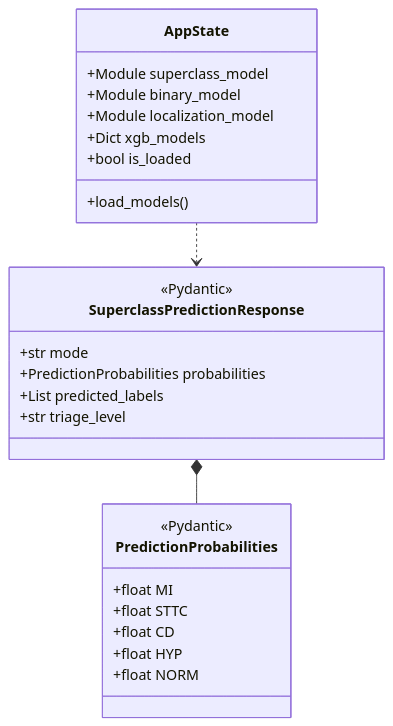
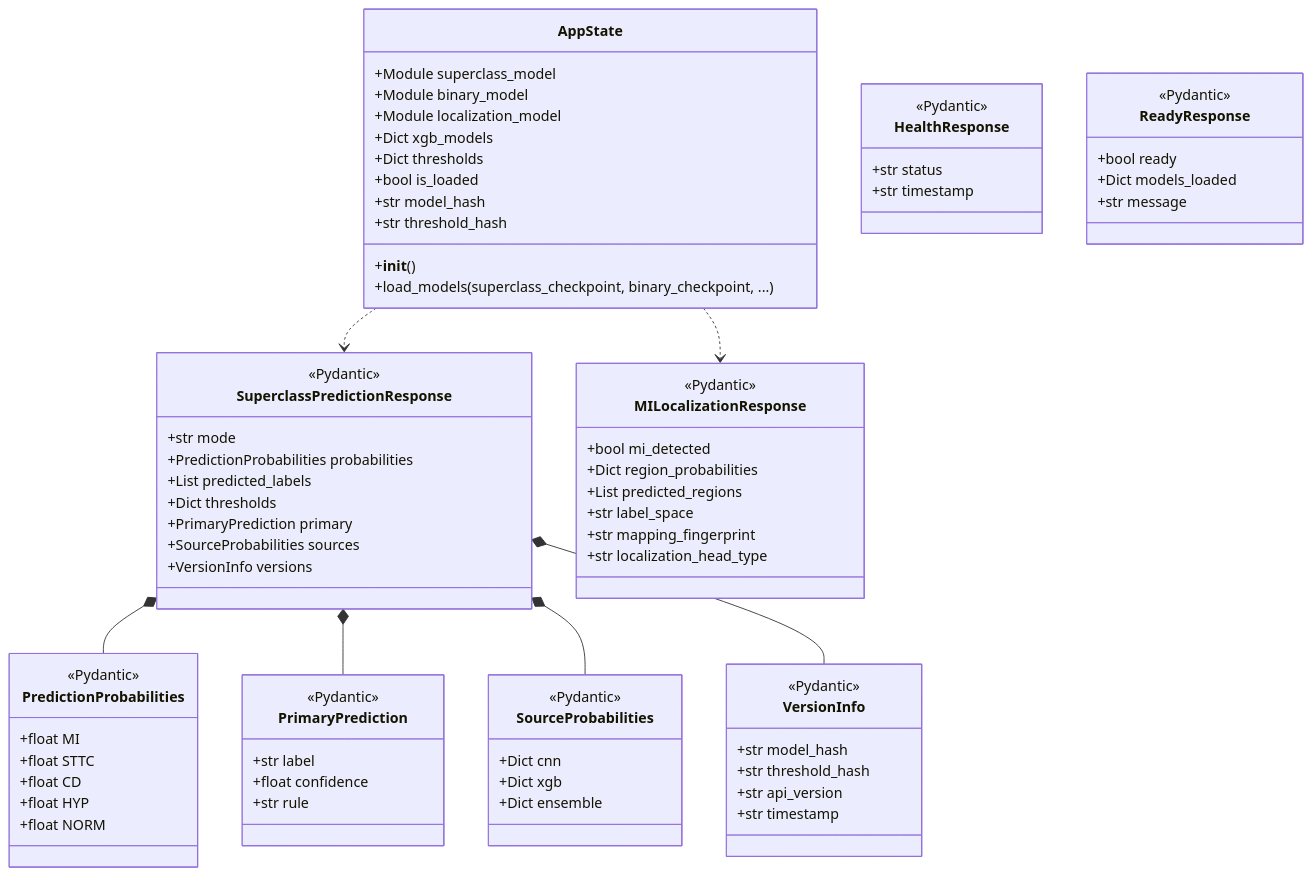
The sixth of 7 diagrams in docs/diagrams/03_class_diagram.md (mUsaulug/CardioGuard-AI), drawn with Mermaid before and after one commit. The commit also changed other lines of this file, not shown here.

````diff
--- a/docs/diagrams/03_class_diagram.md
+++ b/docs/diagrams/03_class_diagram.md
@@ -275,8 +405,12 @@
         +Module binary_model
         +Module localization_model
         +Dict xgb_models
+        +Dict thresholds
         +bool is_loaded
-        +load_models()
+        +str model_hash
+        +str threshold_hash
+        +__init__()
+        +load_models(superclass_checkpoint, binary_checkpoint, ...)
     }
     
     class PredictionProbabilities {
@@ -288,14 +422,66 @@
         +float NORM
     }
     
+    class PrimaryPrediction {
+        <<Pydantic>>
+        +str label
+        +float confidence
+        +str rule
+    }
+    
+    class SourceProbabilities {
+        <<Pydantic>>
+        +Dict cnn
+        +Dict xgb
+        +Dict ensemble
+    }
+    
+    class VersionInfo {
+        <<Pydantic>>
+        +str model_hash
+        +str threshold_hash
+        +str api_version
+        +str timestamp
+    }
+    
     class SuperclassPredictionResponse {
         <<Pydantic>>
         +str mode
         +PredictionProbabilities probabilities
         +List predicted_labels
-        +str triage_level
+        +Dict thresholds
+        +PrimaryPrediction primary
+        +SourceProbabilities sources
+        +VersionInfo versions
+    }
+    
+    class MILocalizationResponse {
+        <<Pydantic>>
+        +bool mi_detected
+        +Dict region_probabilities
+        +List predicted_regions
+        +str label_space
+        +str mapping_fingerprint
+        +str localization_head_type
+    }
+    
+    class HealthResponse {
+        <<Pydantic>>
+        +str status
+        +str timestamp
+    }
+    
+    class ReadyResponse {
+        <<Pydantic>>
+        +bool ready
+        +Dict models_loaded
+        +str message
     }
     
     SuperclassPredictionResponse *-- PredictionProbabilities
+    SuperclassPredictionResponse *-- PrimaryPrediction
+    SuperclassPredictionResponse *-- SourceProbabilities
+    SuperclassPredictionResponse *-- VersionInfo
     AppState ..> SuperclassPredictionResponse
+    AppState ..> MILocalizationResponse
 ```
````
